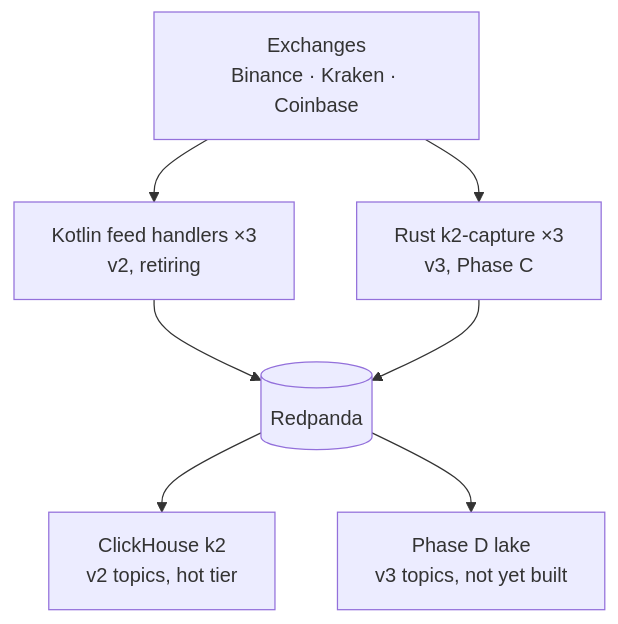
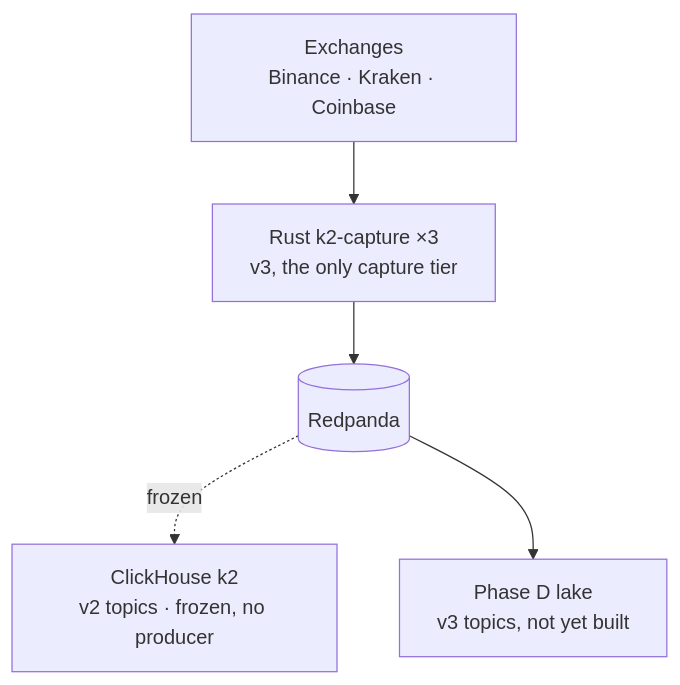
Before and after one commit to rjdscott/k2-market-data-platform: the third of 4 diagrams in docs/architecture/README.md, drawn with Mermaid. The commit also changed other lines of this file and 84 other files, not shown here.

First line of the commit message:
chore(v3): retire the Kotlin feed handlers — Rust capture is the only ingest (#72)

````diff
--- a/docs/architecture/README.md
+++ b/docs/architecture/README.md
@@ -261,13 +258,11 @@
 ```mermaid
 flowchart TB
   EX["Exchanges<br/>Binance · Kraken · Coinbase"]
-  KT["Kotlin feed handlers ×3<br/>v2, retiring"]
-  CAP["Rust k2-capture ×3<br/>v3, Phase C"]
+  CAP["Rust k2-capture ×3<br/>v3, the only capture tier"]
   RP[("Redpanda")]
-  CH["ClickHouse k2<br/>v2 topics, hot tier"]
+  CH["ClickHouse k2<br/>v2 topics · frozen, no producer"]
   LK["Phase D lake<br/>v3 topics, not yet built"]
-  EX --> KT --> RP
   EX --> CAP --> RP
-  RP --> CH
+  RP -.->|frozen| CH
   RP --> LK
 ```
````
